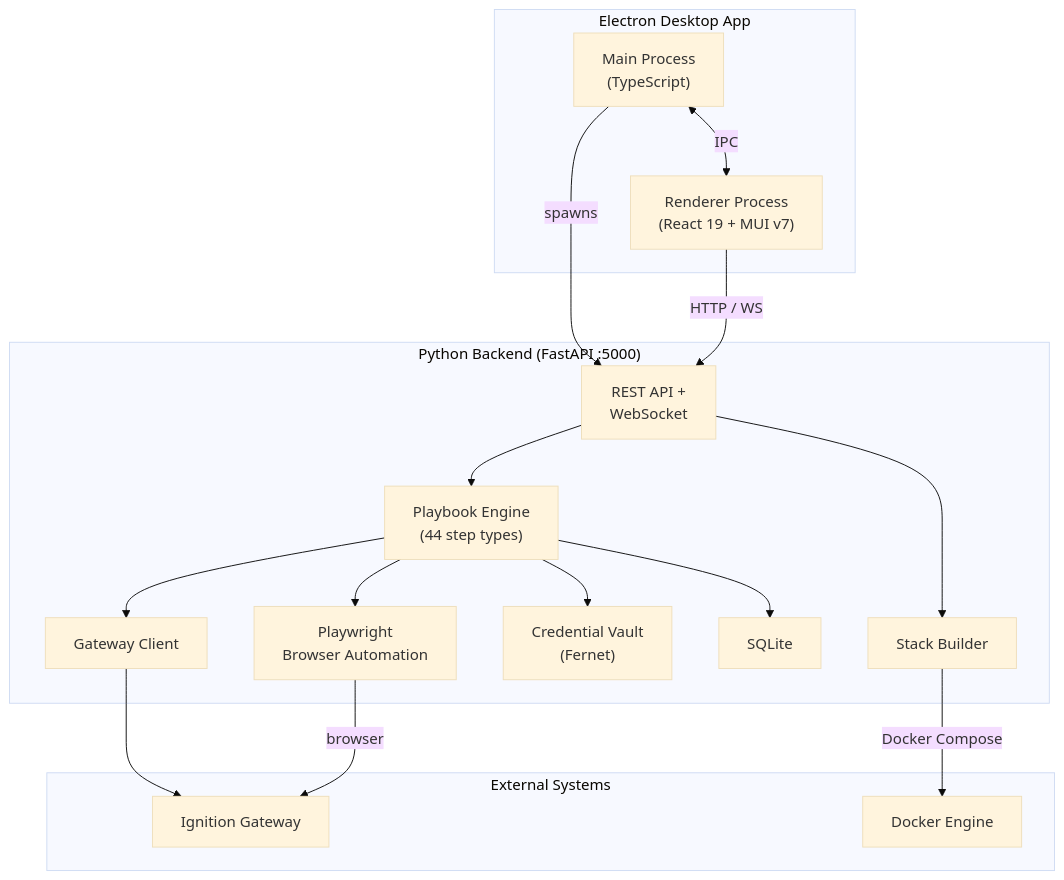
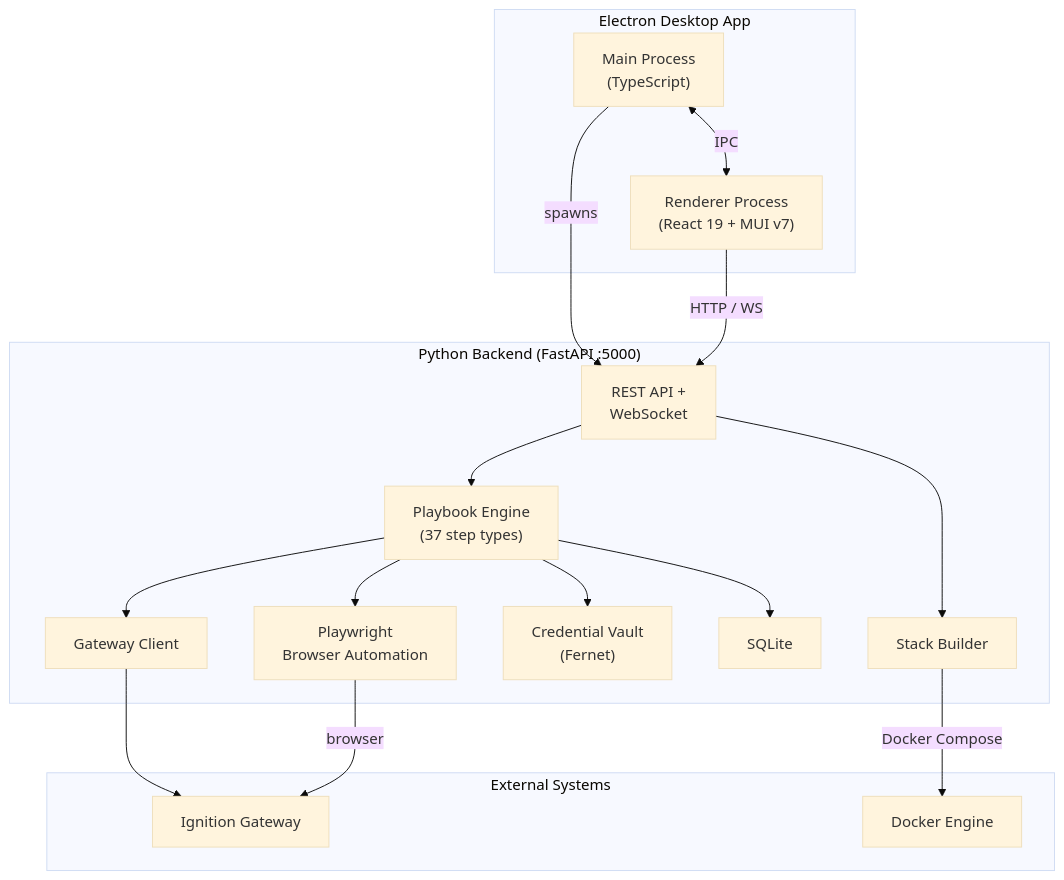
The diagram in ARCHITECTURE.md (Gaskony-Ignition/ignition-toolbox), drawn with Mermaid (base theme) before and after one commit. The commit also changed other lines of this file and 70 other files, not shown here.

````diff
--- a/ARCHITECTURE.md
+++ b/ARCHITECTURE.md
@@ -24,35 +24,35 @@
 ```mermaid
 graph TB
     subgraph Electron["Electron Desktop App"]
         Main["Main Process<br/>(TypeScript)"]
         Renderer["Renderer Process<br/>(React 19 + MUI v7)"]
     end
 
     subgraph Backend["Python Backend (FastAPI :5000)"]
         API["REST API +<br/>WebSocket"]
-        Engine["Playbook Engine<br/>(44 step types)"]
+        Engine["Playbook Engine<br/>(37 step types)"]
         PW["Playwright<br/>Browser Automation"]
         GW["Gateway Client"]
         Vault["Credential Vault<br/>(Fernet)"]
         DB["SQLite"]
         SBM["Stack Builder"]
     end
 
     subgraph External["External Systems"]
         IG["Ignition Gateway"]
         Docker["Docker Engine"]
     end
 
     Main -->|spawns| API
     Main <-->|IPC| Renderer
     Renderer -->|HTTP / WS| API
     API --> Engine
     Engine --> PW
     Engine --> GW
     Engine --> Vault
     Engine --> DB
     API --> SBM
     GW --> IG
     PW -->|browser| IG
     SBM -->|Docker Compose| Docker
 ```
````
